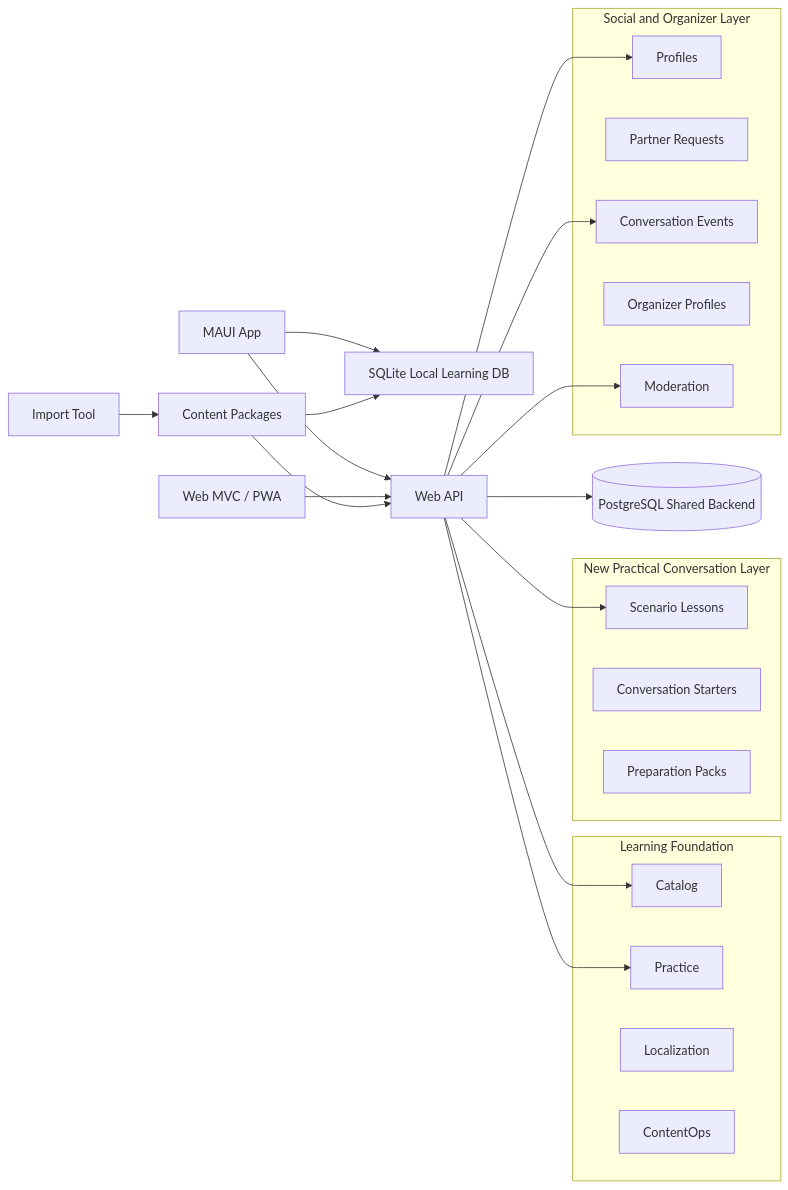
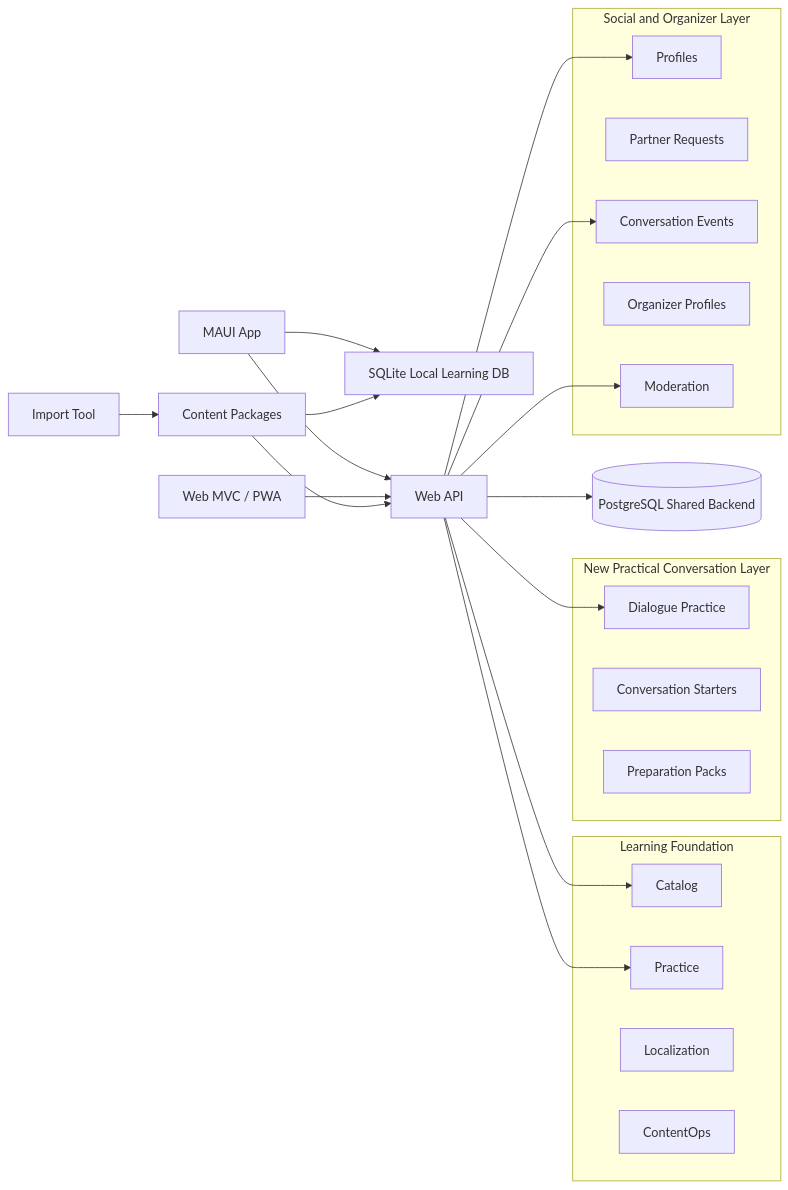
Before and after one commit to Loyan-UG/DarwinLingua: the first of 2 diagrams in docs/63-Market-Product-And-Organizer-Strategy.md, drawn with Mermaid. The commit also changed other lines of this file and 1307 other files, not shown here.

````diff
--- a/docs/63-Market-Product-And-Organizer-Strategy.md
+++ b/docs/63-Market-Product-And-Organizer-Strategy.md
@@ -460,38 +461,38 @@
 ```mermaid
 flowchart LR
     A[MAUI App] --> B[SQLite Local Learning DB]
     A --> C[Web API]
     C --> D[(PostgreSQL Shared Backend)]
     E[Web MVC / PWA] --> C
     F[Import Tool] --> G[Content Packages]
     G --> B
     G --> C
 
     subgraph Learning Foundation
         H[Catalog]
         I[Practice]
         J[Localization]
         K[ContentOps]
     end
 
     subgraph New Practical Conversation Layer
-        L[Scenario Lessons]
+        L[Dialogue Practice]
         M[Conversation Starters]
         N[Preparation Packs]
     end
 
     subgraph Social and Organizer Layer
         O[Profiles]
         P[Partner Requests]
         Q[Conversation Events]
         R[Organizer Profiles]
         S[Moderation]
     end
 
     C --> H
     C --> I
     C --> L
     C --> O
     C --> Q
     C --> S
 ```
````
